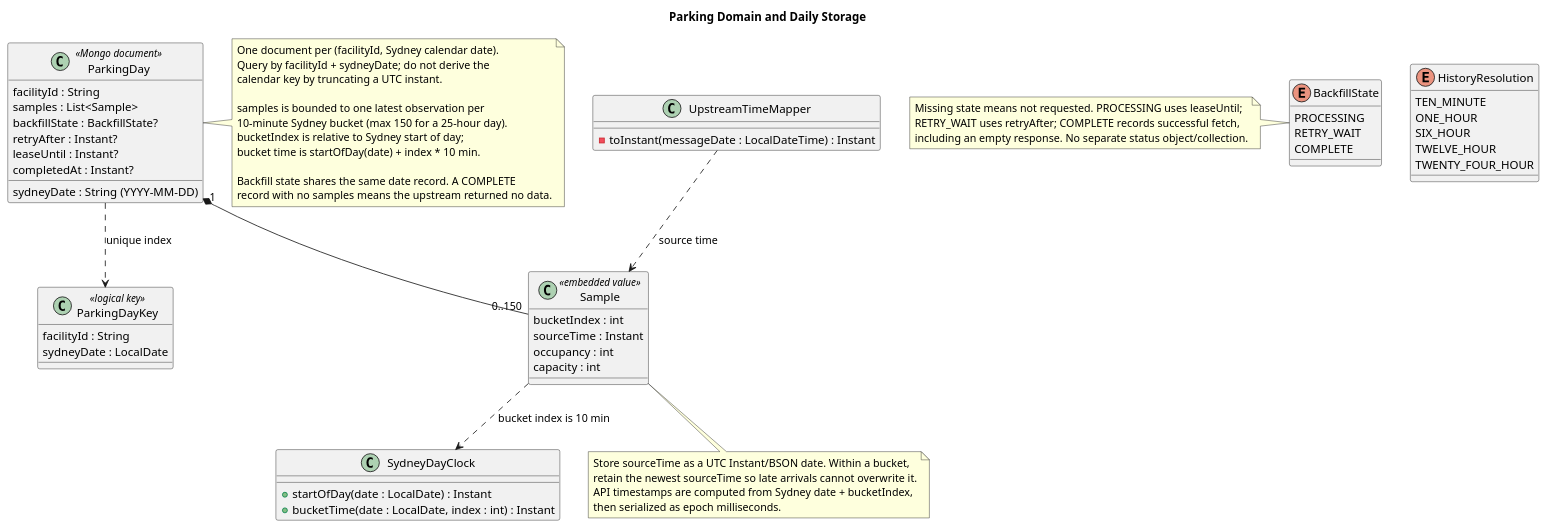
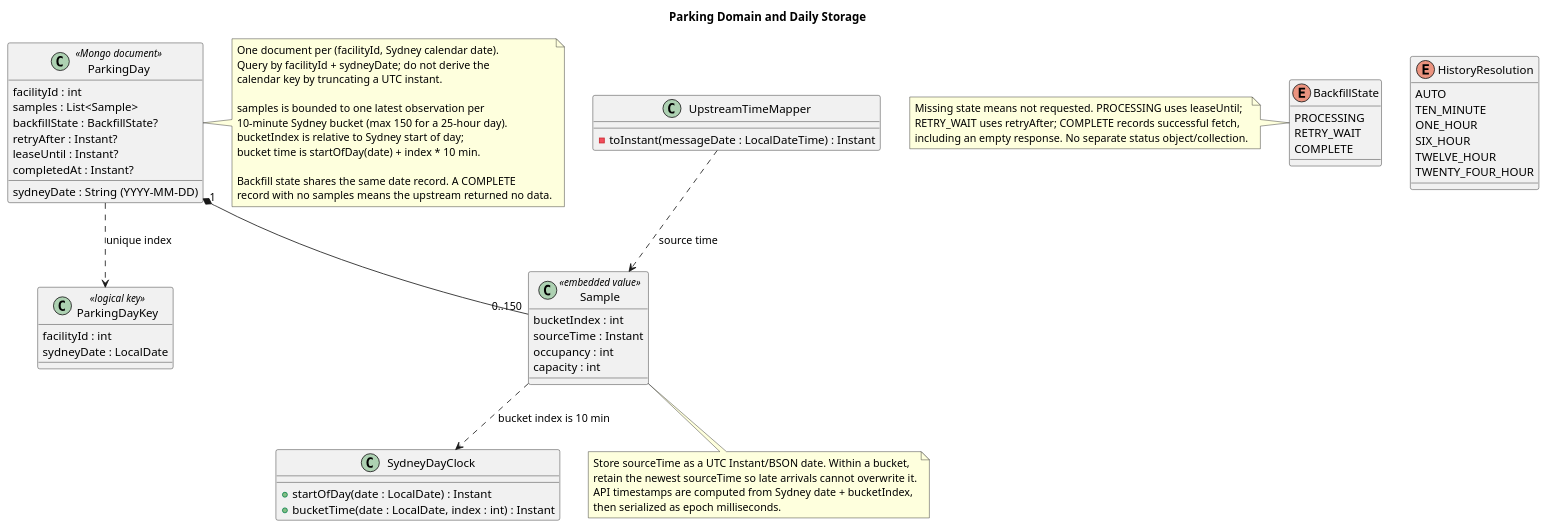
Before and after one commit to Ethan-Singh/metro-parking-web-service: the diagram in domain/models/parking-domain.puml, drawn with PlantUML. The commit also changed 5 other files, not shown here.

```diff
--- a/domain/models/parking-domain.puml
+++ b/domain/models/parking-domain.puml
@@ -1,81 +1,82 @@
 @startuml
 title Parking Domain and Daily Storage
 skinparam packageStyle rectangle
 
 enum HistoryResolution {
+  AUTO
   TEN_MINUTE
   ONE_HOUR
   SIX_HOUR
   TWELVE_HOUR
   TWENTY_FOUR_HOUR
 }
 
 enum BackfillState {
   PROCESSING
   RETRY_WAIT
   COMPLETE
 }
 
 class ParkingDay <<Mongo document>> {
-  facilityId : String
+  facilityId : int
   sydneyDate : String (YYYY-MM-DD)
   samples : List<Sample>
   backfillState : BackfillState?
   retryAfter : Instant?
   leaseUntil : Instant?
   completedAt : Instant?
 }
 
 class Sample <<embedded value>> {
   bucketIndex : int
   sourceTime : Instant
   occupancy : int
   capacity : int
 }
 
 class ParkingDayKey <<logical key>> {
-  facilityId : String
+  facilityId : int
   sydneyDate : LocalDate
 }
 
 class SydneyDayClock {
   + startOfDay(date : LocalDate) : Instant
   + bucketTime(date : LocalDate, index : int) : Instant
 }
 
 class UpstreamTimeMapper {
   - toInstant(messageDate : LocalDateTime) : Instant
 }
 
 ParkingDay "1" *-- "0..150" Sample
 ParkingDay ..> ParkingDayKey : unique index
 Sample ..> SydneyDayClock : bucket index is 10 min
 UpstreamTimeMapper ..> Sample : source time
 
 note right of ParkingDay
   One document per (facilityId, Sydney calendar date).
   Query by facilityId + sydneyDate; do not derive the
   calendar key by truncating a UTC instant.
 
   samples is bounded to one latest observation per
   10-minute Sydney bucket (max 150 for a 25-hour day).
   bucketIndex is relative to Sydney start of day;
   bucket time is startOfDay(date) + index * 10 min.
 
   Backfill state shares the same date record. A COMPLETE
   record with no samples means the upstream returned no data.
 end note
 
 note bottom of Sample
   Store sourceTime as a UTC Instant/BSON date. Within a bucket,
   retain the newest sourceTime so late arrivals cannot overwrite it.
   API timestamps are computed from Sydney date + bucketIndex,
   then serialized as epoch milliseconds.
 end note
 
 note left of BackfillState
   Missing state means not requested. PROCESSING uses leaseUntil;
   RETRY_WAIT uses retryAfter; COMPLETE records successful fetch,
   including an empty response. No separate status object/collection.
 end note
 @enduml
```
